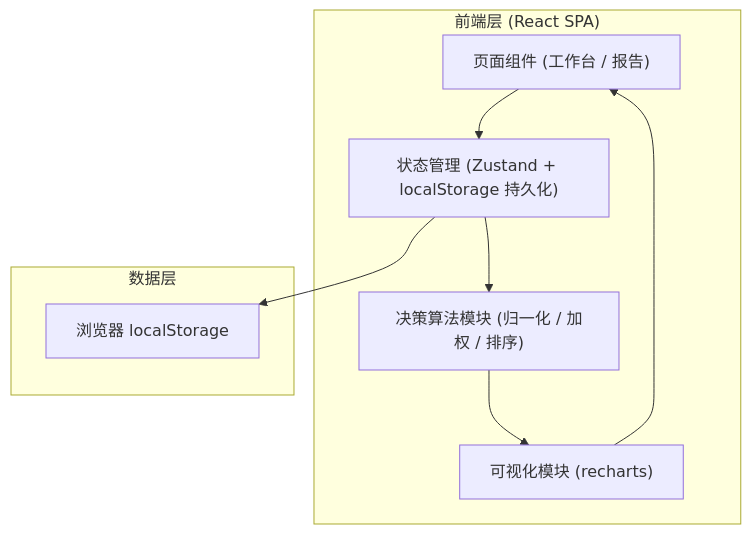
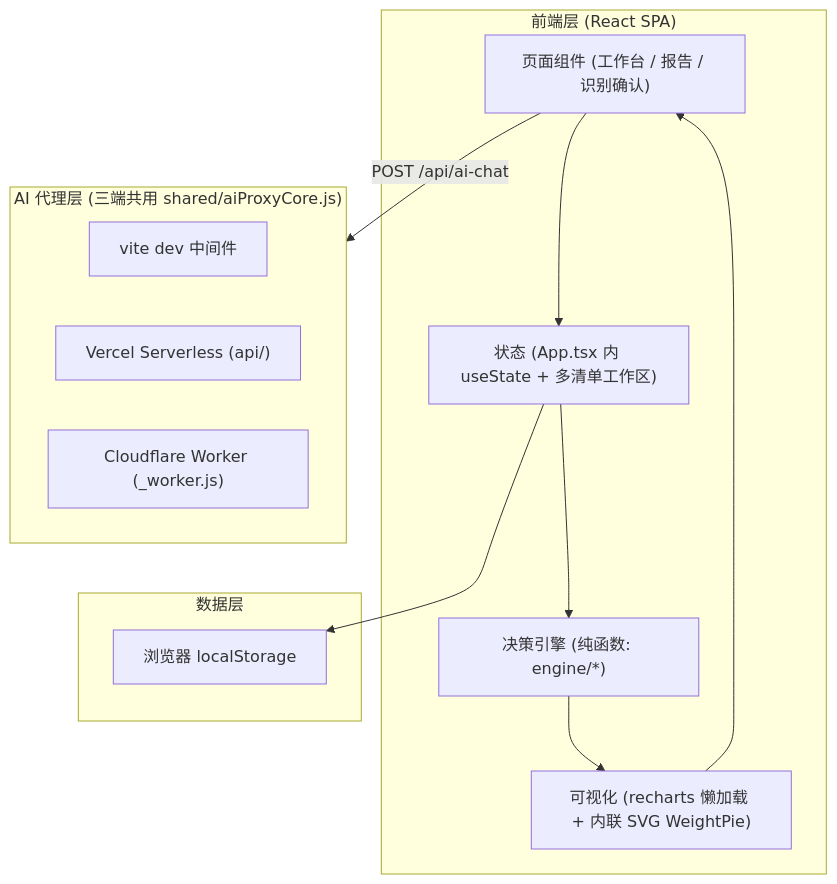
Before and after one commit to chj0124/spec-decision: the first of 3 diagrams in .trae/documents/TechnicalArchitecture.md, drawn with Mermaid. The commit also changed other lines of this file and 39 other files, not shown here.

````diff
--- a/.trae/documents/TechnicalArchitecture.md
+++ b/.trae/documents/TechnicalArchitecture.md
@@ -3,19 +3,26 @@
 ```mermaid
 flowchart TB
     subgraph Frontend["前端层 (React SPA)"]
-        UI["页面组件 (工作台 / 报告)"]
-        State["状态管理 (Zustand + localStorage 持久化)"]
-        Algo["决策算法模块 (归一化 / 加权 / 排序)"]
-        Viz["可视化模块 (recharts)"]
+        UI["页面组件 (工作台 / 报告 / 识别确认)"]
+        State["状态 (App.tsx 内 useState + 多清单工作区)"]
+        Algo["决策引擎 (纯函数: engine/*)"]
+        Viz["可视化 (recharts 懒加载 + 内联 SVG WeightPie)"]
     end
 
     subgraph DataLayer["数据层"]
         LS["浏览器 localStorage"]
+    end
+
+    subgraph Proxy["AI 代理层 (三端共用 shared/aiProxyCore.js)"]
+        Dev["vite dev 中间件"]
+        Ver["Vercel Serverless (api/)"]
+        CF["Cloudflare Worker (_worker.js)"]
     end
 
     UI --> State
     State --> LS
     State --> Algo
     Algo --> Viz
     Viz --> UI
+    UI -->|"POST /api/ai-chat"| Proxy
 ```
````
